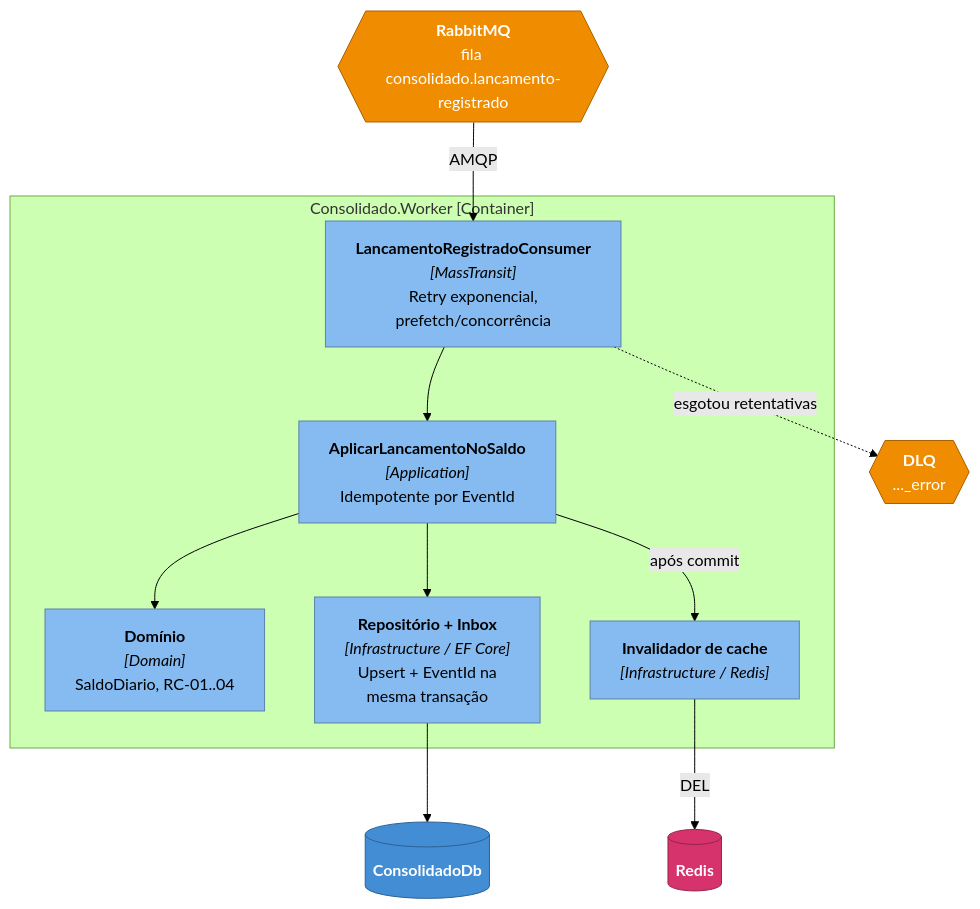
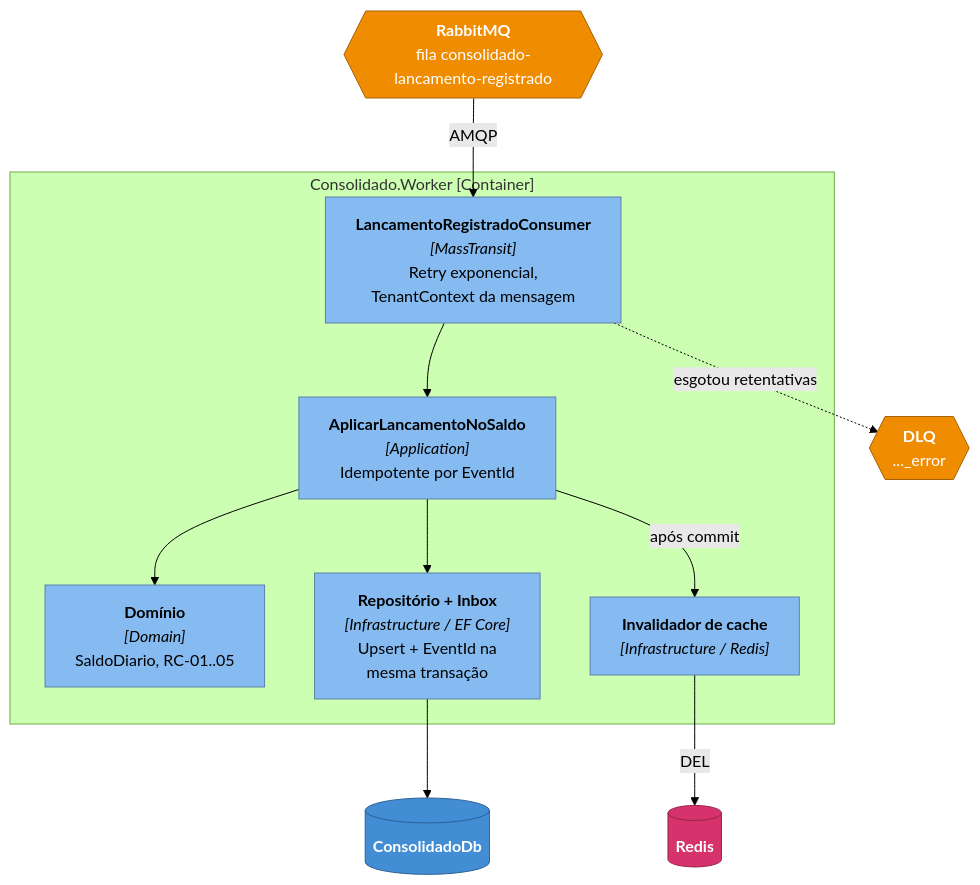
Before and after one commit to igorwaterloo/Verx-desafio20260922: the sixth of 6 diagrams in docs/architecture/c4-3-componentes.md, drawn with Mermaid (forest theme). The commit also changed other lines of this file and 3 other files, not shown here.

First line of the commit message:
docs(c4): atualiza diagramas para SaaS

````diff
--- a/docs/architecture/c4-3-componentes.md
+++ b/docs/architecture/c4-3-componentes.md
@@ -122,34 +206,34 @@
 ```mermaid
 flowchart TB
-    broker{{"<b>RabbitMQ</b><br/>fila consolidado.lancamento-registrado"}}
+    broker{{"<b>RabbitMQ</b><br/>fila consolidado-lancamento-registrado"}}
     dlq{{"<b>DLQ</b><br/>..._error"}}
 
     subgraph worker["Consolidado.Worker [Container]"]
-        consumer["<b>LancamentoRegistradoConsumer</b><br/><i>[MassTransit]</i><br/>Retry exponencial,<br/>prefetch/concorrência"]
+        consumer["<b>LancamentoRegistradoConsumer</b><br/><i>[MassTransit]</i><br/>Retry exponencial,<br/>TenantContext da mensagem"]
         handler["<b>AplicarLancamentoNoSaldo</b><br/><i>[Application]</i><br/>Idempotente por EventId"]
-        dom["<b>Domínio</b><br/><i>[Domain]</i><br/>SaldoDiario, RC-01..04"]
+        dom["<b>Domínio</b><br/><i>[Domain]</i><br/>SaldoDiario, RC-01..05"]
         repo["<b>Repositório + Inbox</b><br/><i>[Infrastructure / EF Core]</i><br/>Upsert + EventId na<br/>mesma transação"]
         inval["<b>Invalidador de cache</b><br/><i>[Infrastructure / Redis]</i>"]
     end
 
     cdb[("<b>ConsolidadoDb</b>")]
     redis[("<b>Redis</b>")]
 
     broker -- "AMQP" --> consumer
     consumer -. "esgotou retentativas" .-> dlq
     consumer --> handler
     handler --> dom
     handler --> repo
     handler -- "após commit" --> inval
     repo --> cdb
     inval -- "DEL" --> redis
 
     classDef comp fill:#85bbf0,stroke:#5d82a8,color:#000
     classDef ext fill:#438dd5,stroke:#2e6295,color:#fff
     classDef queue fill:#f08c00,stroke:#a86200,color:#fff
     classDef cachec fill:#d6336c,stroke:#962447,color:#fff
     class consumer,handler,dom,repo,inval comp
     class cdb ext
     class broker,dlq queue
     class redis cachec
 ```
````
